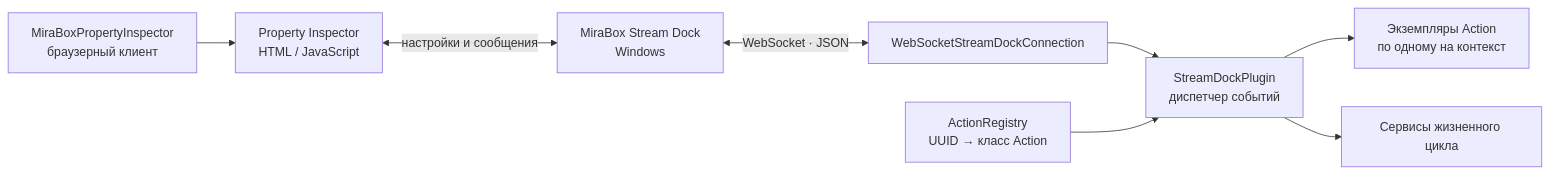
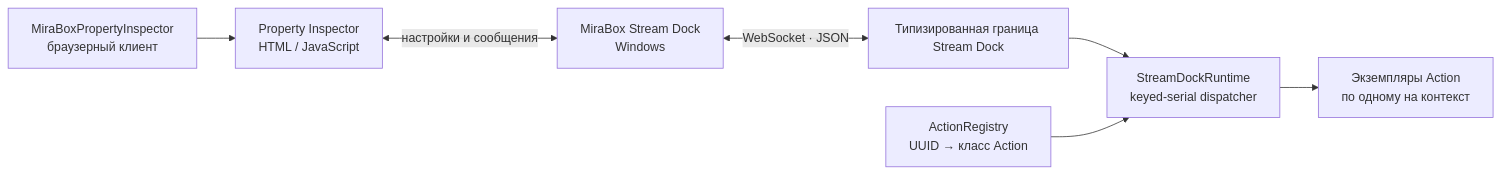
The diagram in README.ru.md (Nekit678/MiraboxStreamDockSDK), drawn with Mermaid before and after one commit. The commit also changed other lines of this file and 50 other files, not shown here.

````diff
--- a/README.ru.md
+++ b/README.ru.md
@@ -90,10 +90,9 @@
 ```mermaid
 flowchart LR
-    App["MiraBox Stream Dock<br>Windows"] <-->|"WebSocket · JSON"| Connection["WebSocketStreamDockConnection"]
-    Connection --> Runtime["StreamDockPlugin<br>диспетчер событий"]
+    App["MiraBox Stream Dock<br>Windows"] <-->|"WebSocket · JSON"| Boundary["Типизированная граница Stream Dock"]
+    Boundary --> Runtime["StreamDockRuntime<br>keyed-serial dispatcher"]
     Registry["ActionRegistry<br>UUID → класс Action"] --> Runtime
     Runtime --> Actions["Экземпляры Action<br>по одному на контекст"]
-    Runtime --> Services["Сервисы жизненного цикла"]
     PI["Property Inspector<br>HTML / JavaScript"] <-->|"настройки и сообщения"| App
     Client["MiraBoxPropertyInspector<br>браузерный клиент"] --> PI
 ```
````
